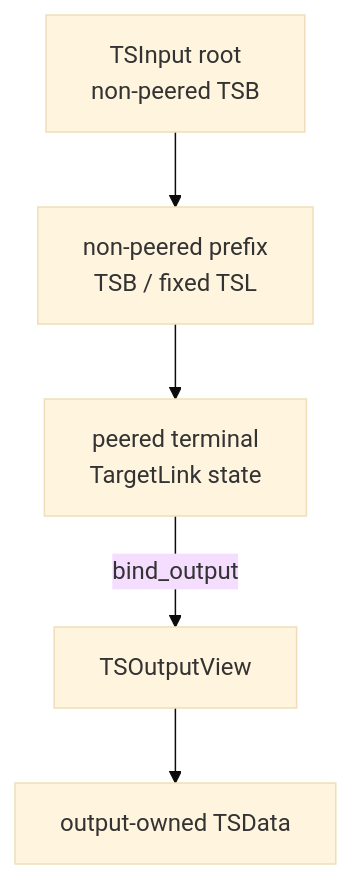
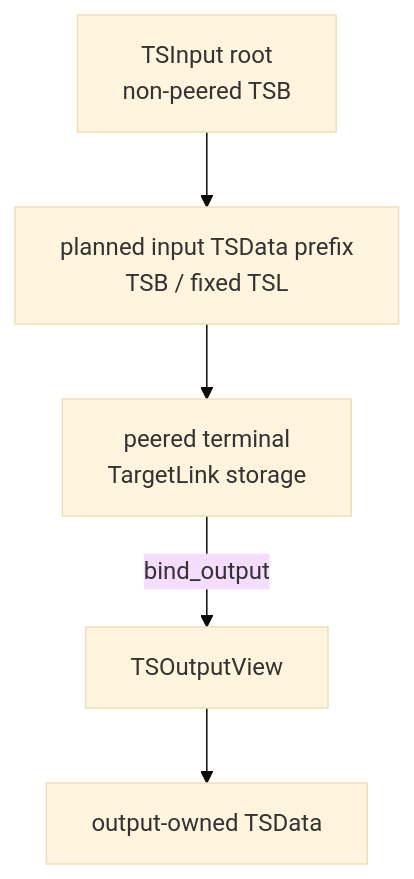
The first of 10 diagrams in docs/source/developer_guide/data_structures/plans_and_ops/time_series.rst (hhenson/hg_cpp), drawn with Mermaid (base theme) before and after one commit. The commit also changed other lines of this file and 45 other files, not shown here.

```diff
--- a/docs/source/developer_guide/data_structures/plans_and_ops/time_series.rst
+++ b/docs/source/developer_guide/data_structures/plans_and_ops/time_series.rst
@@ -260,13 +261,13 @@
 .. mermaid::
 
    flowchart TD
       Root["TSInput root<br/>non-peered TSB"]
-      Prefix["non-peered prefix<br/>TSB / fixed TSL"]
-      Link["peered terminal<br/>TargetLink state"]
+      Prefix["planned input TSData prefix<br/>TSB / fixed TSL"]
+      Link["peered terminal<br/>TargetLink storage"]
       Output["TSOutputView"]
       Data["output-owned TSData"]
 
       Root --> Prefix
       Prefix --> Link
       Link -->|bind_output| Output
       Output --> Data
```
